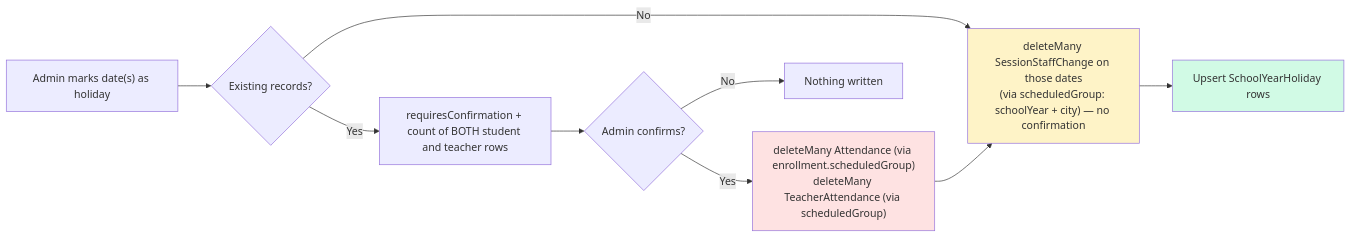
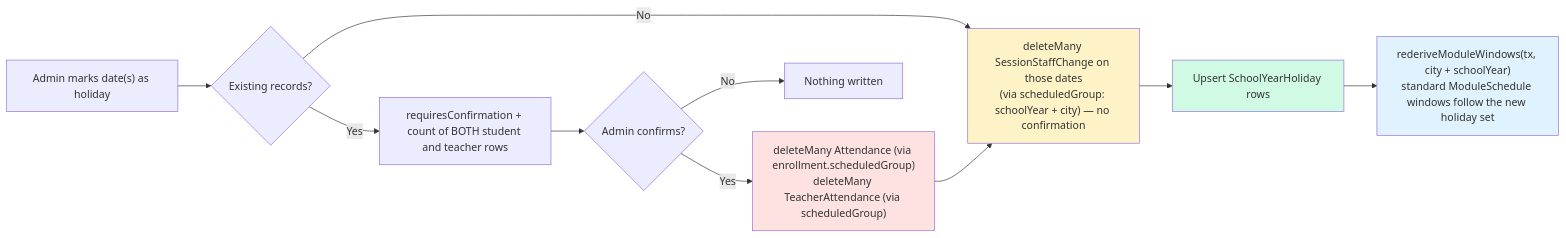
Before and after one commit to jpucic00/inovatic: the tenth of 11 diagrams in docs/diagrams/attendance-flow.md, drawn with Mermaid. The commit also changed other lines of this file and 3 other files, not shown here.

First line of the commit message:
Dijagrami: privici i vrste kampanja u ERD-u, izbor termina i čip dolaska, izvedeni datumi modula

````diff
--- a/docs/diagrams/attendance-flow.md
+++ b/docs/diagrams/attendance-flow.md
@@ -288,15 +288,17 @@
 ```mermaid
 flowchart LR
     A["Admin marks date(s) as holiday"] --> B{Existing records?}
     B -->|No| SSC["deleteMany SessionStaffChange on those dates<br/>(via scheduledGroup: schoolYear + city) — no confirmation"]
     B -->|Yes| WARN["requiresConfirmation + count of BOTH student and teacher rows"]
     WARN --> C{Admin confirms?}
     C -->|No| STOP["Nothing written"]
     C -->|Yes| DEL["deleteMany Attendance (via enrollment.scheduledGroup)<br/>deleteMany TeacherAttendance (via scheduledGroup)"]
     DEL --> SSC
     SSC --> SAVE["Upsert SchoolYearHoliday rows"]
+    SAVE --> RD["rederiveModuleWindows(tx, city + schoolYear)<br/>standard ModuleSchedule windows follow the new holiday set"]
 
     style DEL fill:#fee2e2
     style SSC fill:#fef3c7
     style SAVE fill:#d1fae5
+    style RD fill:#e0f2fe
 ```
````
